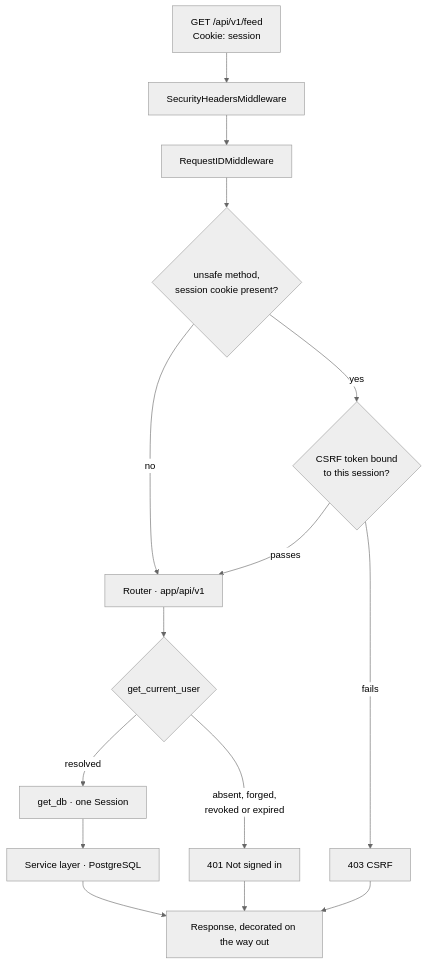
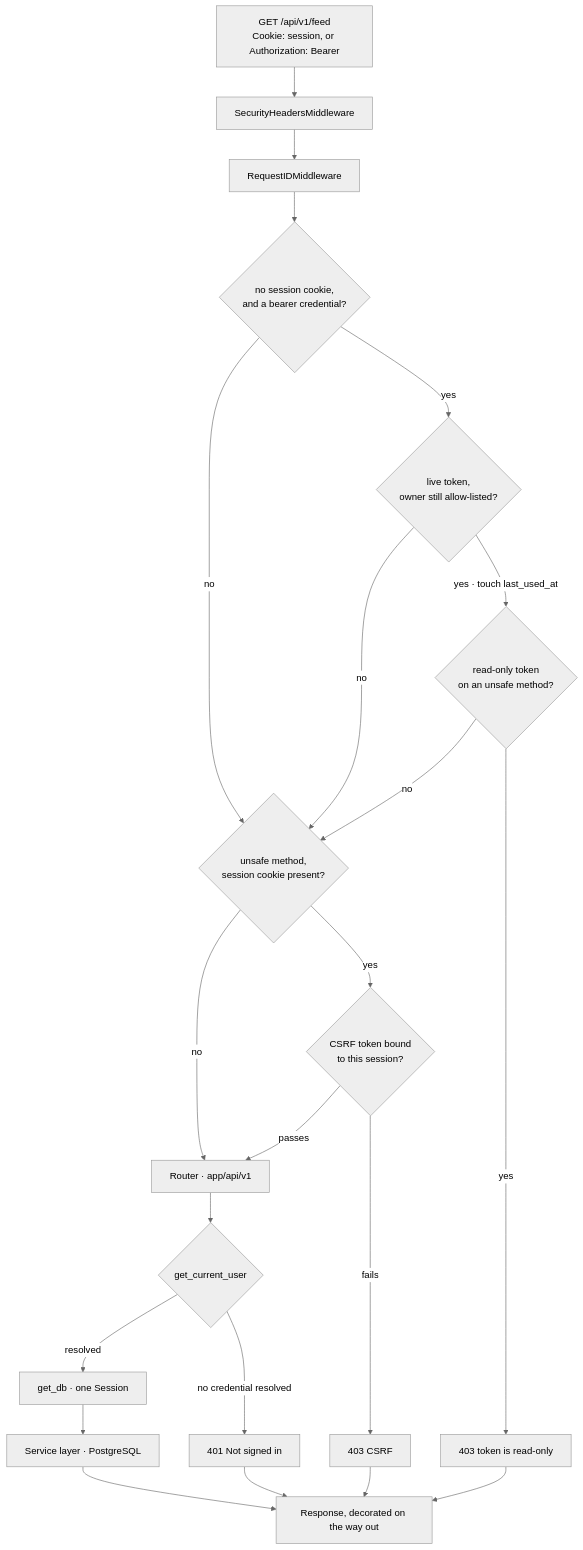
One commit to Darkflib/sre-tab changed the second of 9 diagrams in ARCHITECTURE.md. Above: the diagram before and after it, drawn with Mermaid (neutral theme). The commit also changed other lines of this file and 33 other files, not shown here.

Commit message:
feat: per-user API tokens, with scope enforced in middleware (#31)

````diff
--- a/ARCHITECTURE.md
+++ b/ARCHITECTURE.md
@@ -97,26 +97,37 @@
 ```mermaid
 flowchart TB
-    req["GET /api/v1/feed<br/>Cookie: session"]
+    req["GET /api/v1/feed<br/>Cookie: session, or Authorization: Bearer"]
     sec["SecurityHeadersMiddleware"]
     rid["RequestIDMiddleware"]
+    tokmw{"no session cookie,<br/>and a bearer credential?"}
+    tokres{"live token,<br/>owner still allow-listed?"}
+    scope{"read-only token<br/>on an unsafe method?"}
     csrfmw{"unsafe method,<br/>session cookie present?"}
     csrfchk{"CSRF token bound<br/>to this session?"}
     route["Router · app/api/v1"]
     cur{"get_current_user"}
     getdb["get_db · one Session"]
     svc["Service layer · PostgreSQL"]
     resp["Response, decorated on the way out"]
     e401["401 Not signed in"]
     e403["403 CSRF"]
+    e403s["403 token is read-only"]
 
-    req --> sec --> rid --> csrfmw
+    req --> sec --> rid --> tokmw
+    tokmw -->|"no"| csrfmw
+    tokmw -->|"yes"| tokres
+    tokres -->|"no"| csrfmw
+    tokres -->|"yes · touch last_used_at"| scope
+    scope -->|"yes"| e403s
+    scope -->|"no"| csrfmw
     csrfmw -->|"no"| route
     csrfmw -->|"yes"| csrfchk
     csrfchk -->|"passes"| route
     csrfchk -->|"fails"| e403
     route --> cur
-    cur -->|"absent, forged,<br/>revoked or expired"| e401
+    cur -->|"no credential resolved"| e401
     cur -->|"resolved"| getdb --> svc --> resp
     e401 --> resp
     e403 --> resp
+    e403s --> resp
 ```
````
